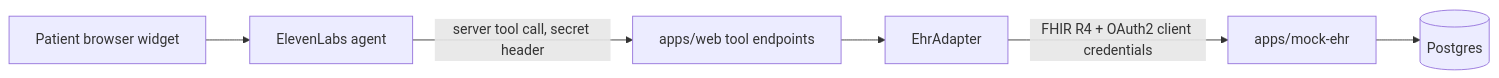
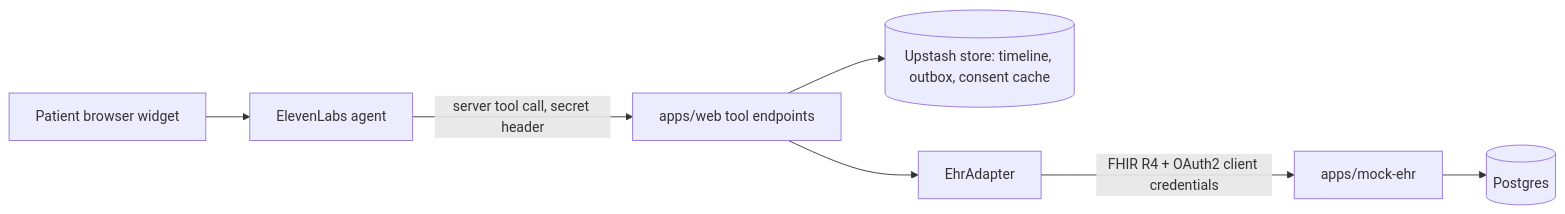
One commit to poktalabs/pokta-clinic changed the diagram in README.md. Above: the diagram before and after it, drawn with Mermaid. The commit also changed other lines of this file and 64 other files, not shown here.

First line of the commit message:
feat(web): live page, store, outbox, EHR toggle and post-call webhook

````diff
--- a/README.md
+++ b/README.md
@@ -9,8 +9,9 @@
 ```mermaid
 flowchart LR
   P[Patient browser widget] --> A[ElevenLabs agent]
   A -->|server tool call, secret header| W[apps/web tool endpoints]
+  W --> ST[(Upstash store: timeline, outbox, consent cache)]
   W --> AD[EhrAdapter]
   AD -->|FHIR R4 + OAuth2 client credentials| E[apps/mock-ehr]
   E --> DB[(Postgres)]
 ```
````
